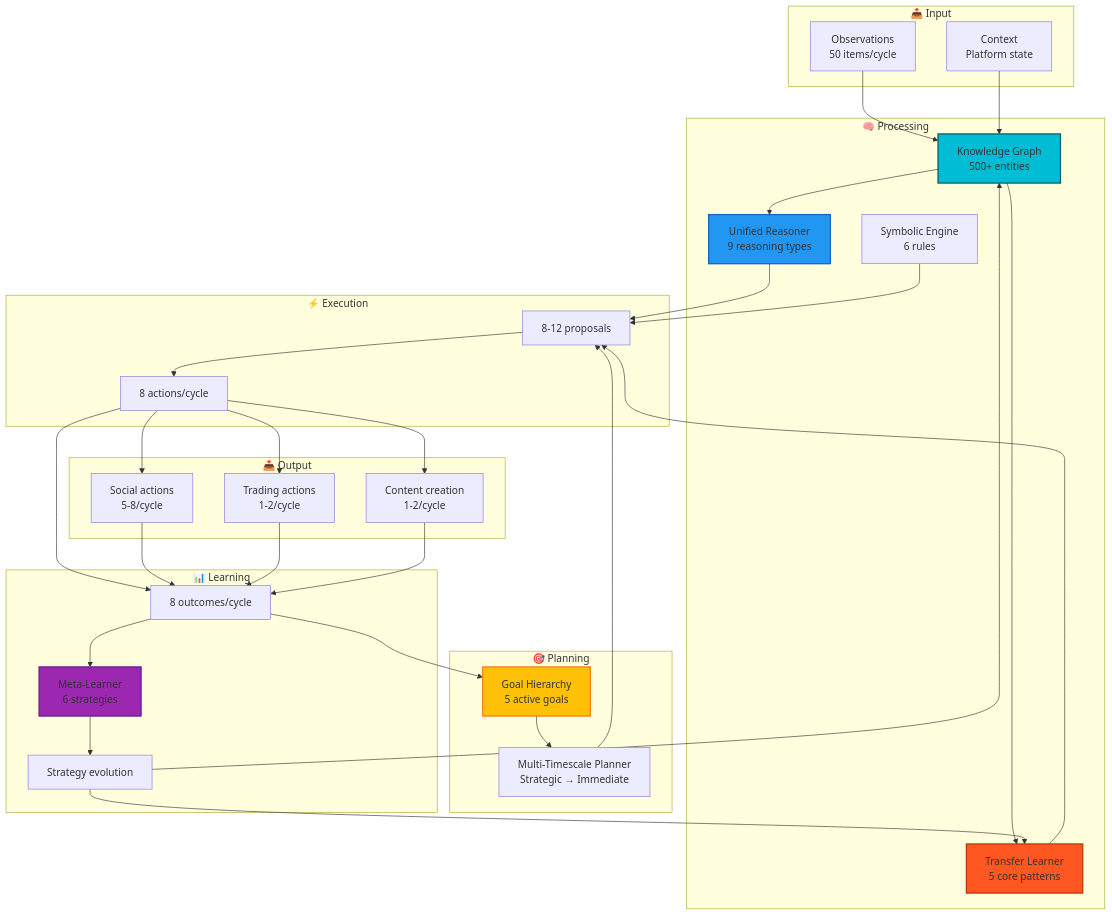
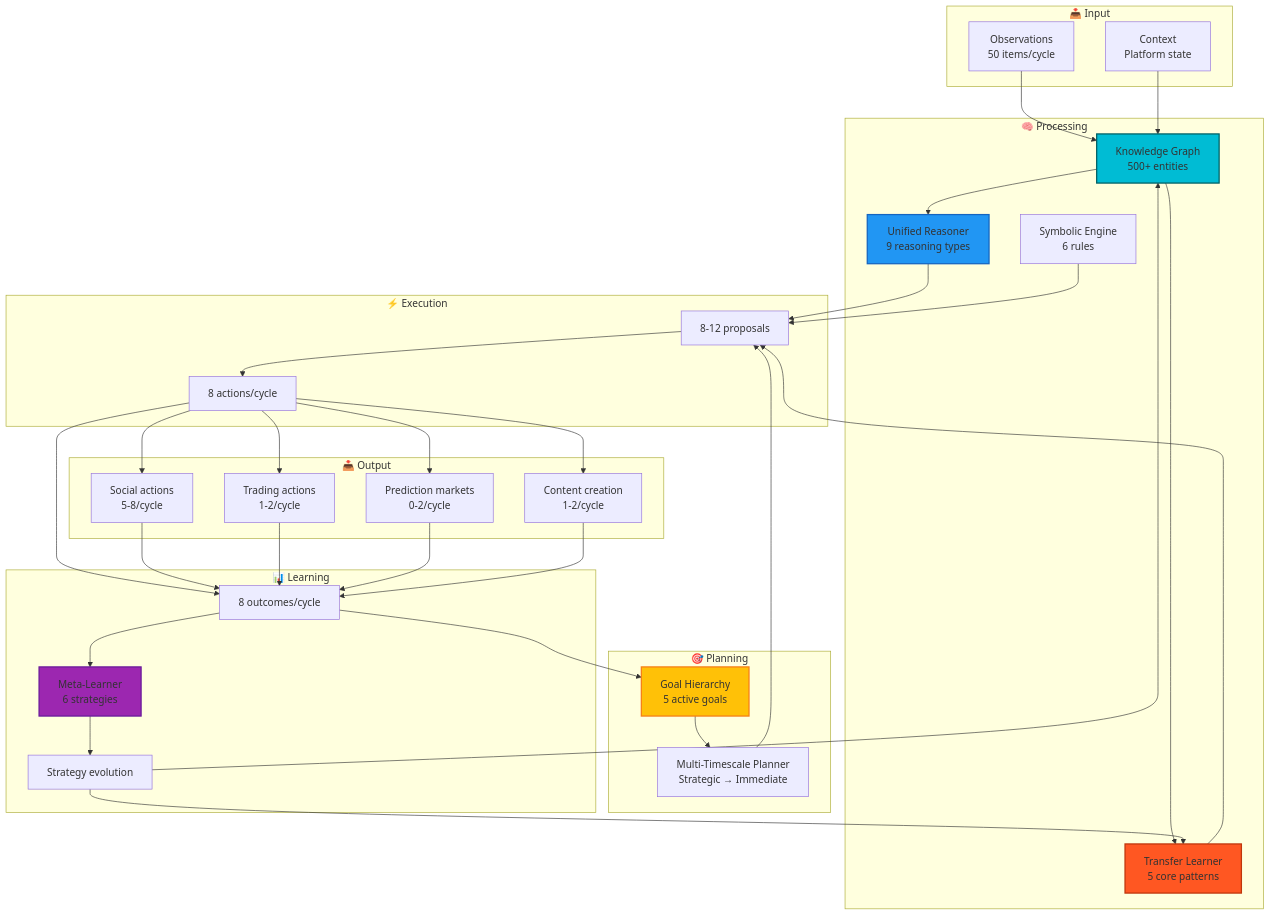
The fourth of 5 diagrams in docs/AGI_BRAIN_FLOW.md (DegenApeDev/AlleyBot_Private), drawn with Mermaid before and after one commit. The commit also changed other lines of this file and 1 other file, not shown here.

First line of the commit message:
docs: Update AGI brain flow diagram with Polymarket integration

````diff
--- a/docs/AGI_BRAIN_FLOW.md
+++ b/docs/AGI_BRAIN_FLOW.md
@@ -232,74 +234,77 @@
 ```mermaid
 graph TD
     subgraph "📥 Input"
         Obs[Observations<br/>50 items/cycle]
         Context[Context<br/>Platform state]
     end
     
     subgraph "🧠 Processing"
         KG[Knowledge Graph<br/>500+ entities]
         UR[Unified Reasoner<br/>9 reasoning types]
         TL[Transfer Learner<br/>5 core patterns]
         SE[Symbolic Engine<br/>6 rules]
     end
     
     subgraph "🎯 Planning"
         GH[Goal Hierarchy<br/>5 active goals]
         MT[Multi-Timescale Planner<br/>Strategic → Immediate]
     end
     
     subgraph "⚡ Execution"
         Proposals[8-12 proposals]
         Actions[8 actions/cycle]
     end
     
     subgraph "📊 Learning"
         ML[Meta-Learner<br/>6 strategies]
         Outcomes[8 outcomes/cycle]
         Evolution[Strategy evolution]
     end
     
     subgraph "📥 Output"
         Social[Social actions<br/>5-8/cycle]
         Trading[Trading actions<br/>1-2/cycle]
+        Predictions[Prediction markets<br/>0-2/cycle]
         Content[Content creation<br/>1-2/cycle]
     end
     
     Obs --> KG
     Context --> KG
     
     KG --> UR
     KG --> TL
     
     UR --> Proposals
     TL --> Proposals
     SE --> Proposals
     
     GH --> MT
     MT --> Proposals
     
     Proposals --> Actions
     
     Actions --> Social
     Actions --> Trading
+    Actions --> Predictions
     Actions --> Content
     
     Actions --> Outcomes
     Outcomes --> ML
     
     ML --> Evolution
     Evolution --> TL
     Evolution --> KG
     
     Social --> Outcomes
     Trading --> Outcomes
+    Predictions --> Outcomes
     Content --> Outcomes
     
     Outcomes --> GH
     
     style KG fill:#00BCD4,stroke:#006064,stroke-width:2px
     style UR fill:#2196F3,stroke:#1565C0,stroke-width:2px
     style TL fill:#FF5722,stroke:#BF360C,stroke-width:2px
     style ML fill:#9C27B0,stroke:#6A1B9A,stroke-width:2px
     style GH fill:#FFC107,stroke:#F57F17,stroke-width:2px
 ```
````
